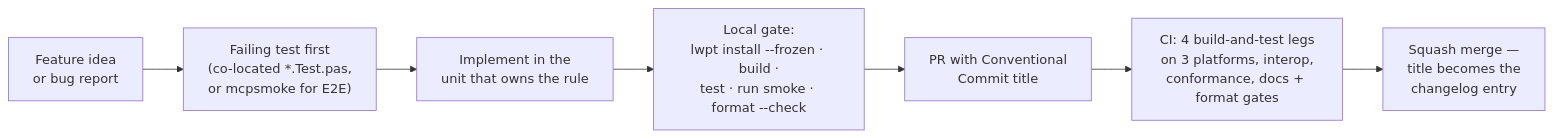
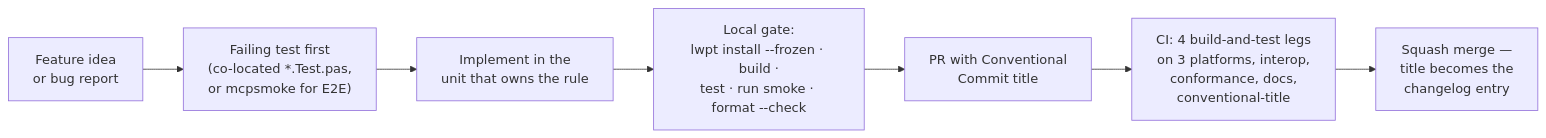
Before and after one commit to frostney/pascal-mcp-sdk: the diagram in docs/internals/contributing.md, drawn with Mermaid.

Commit message:
docs: name the required checks in the contributor flowchart

````diff
--- a/docs/internals/contributing.md
+++ b/docs/internals/contributing.md
@@ -18,11 +18,11 @@
 ```mermaid
 flowchart LR
     IDEA["Feature idea<br/>or bug report"]
     TEST["Failing test first<br/>(co-located *.Test.pas,<br/>or mcpsmoke for E2E)"]
     OWN["Implement in the<br/>unit that owns the rule"]
     GATE["Local gate:<br/>lwpt install --frozen · build ·<br/>test · run smoke · format --check"]
     PR["PR with Conventional<br/>Commit title"]
-    CI["CI: 4 build-and-test legs<br/>on 3 platforms, interop,<br/>conformance, docs + format gates"]
+    CI["CI: 4 build-and-test legs<br/>on 3 platforms, interop,<br/>conformance, docs,<br/>conventional-title"]
     MERGE["Squash merge —<br/>title becomes the<br/>changelog entry"]
     IDEA --> TEST --> OWN --> GATE --> PR --> CI --> MERGE
 ```
````
